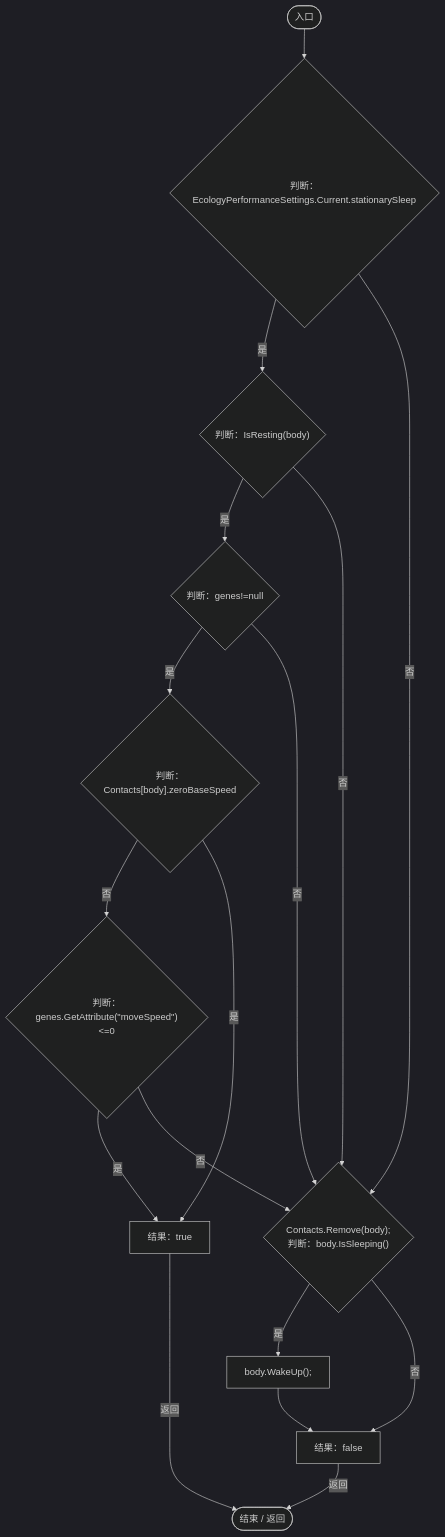
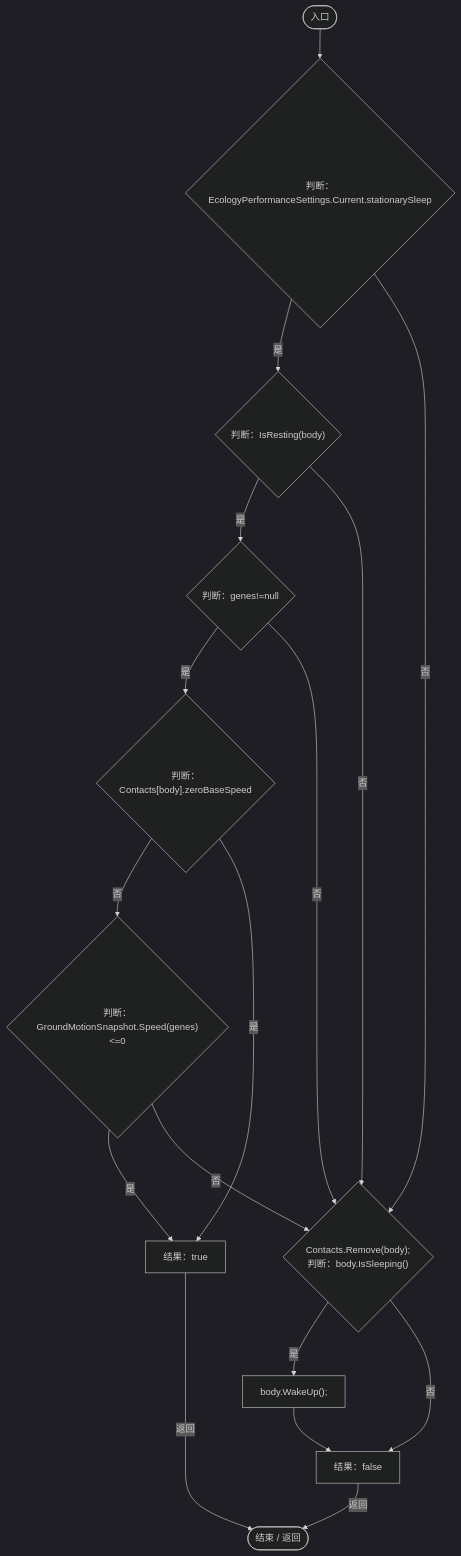
The second of 7 diagrams in Docs/运行流程图/脚本/19e6d310d5522440.md (xhs6666/Darwin_paradise), drawn with Mermaid (dark theme) before and after one commit. The commit also changed other lines of this file and 297 other files, not shown here.

````diff
--- a/Docs/运行流程图/脚本/19e6d310d5522440.md
+++ b/Docs/运行流程图/脚本/19e6d310d5522440.md
@@ -89,31 +89,31 @@
 ```mermaid
 flowchart TD
   b0(["入口"])
   b1{"判断：EcologyPerformanceSettings.Current.stationarySleep"}
   b2{"判断：IsResting(body)"}
   b3{"判断：genes!=null"}
   b4{"判断：Contacts[body].zeroBaseSpeed"}
-  b5{"判断：genes.GetAttribute(&quot;moveSpeed&quot;)&lt;=0"}
+  b5{"判断：GroundMotionSnapshot.Speed(genes)&lt;=0"}
   b6["结果：true"]
   b7{"Contacts.Remove(body);<br/>判断：body.IsSleeping()"}
   b8["body.WakeUp();"]
   b9["结果：false"]
   b10(["结束 / 返回"])
   b0 --> b1
   b1 -->|"是"| b2
   b1 -->|"否"| b7
   b2 -->|"是"| b3
   b2 -->|"否"| b7
   b3 -->|"是"| b4
   b3 -->|"否"| b7
   b4 -->|"否"| b5
   b4 -->|"是"| b6
   b5 -->|"是"| b6
   b5 -->|"否"| b7
   b6 -->|"返回"| b10
   b7 -->|"是"| b8
   b7 -->|"否"| b9
   b8 --> b9
   b9 -->|"返回"| b10
 
 ```
````
